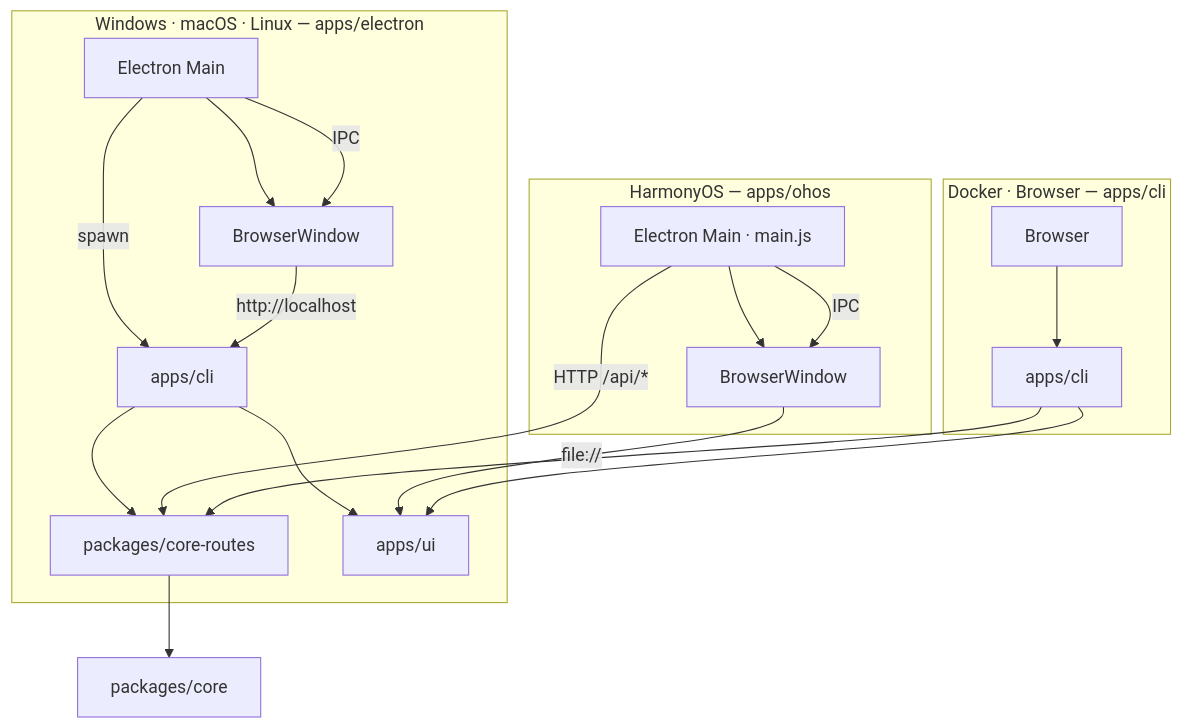
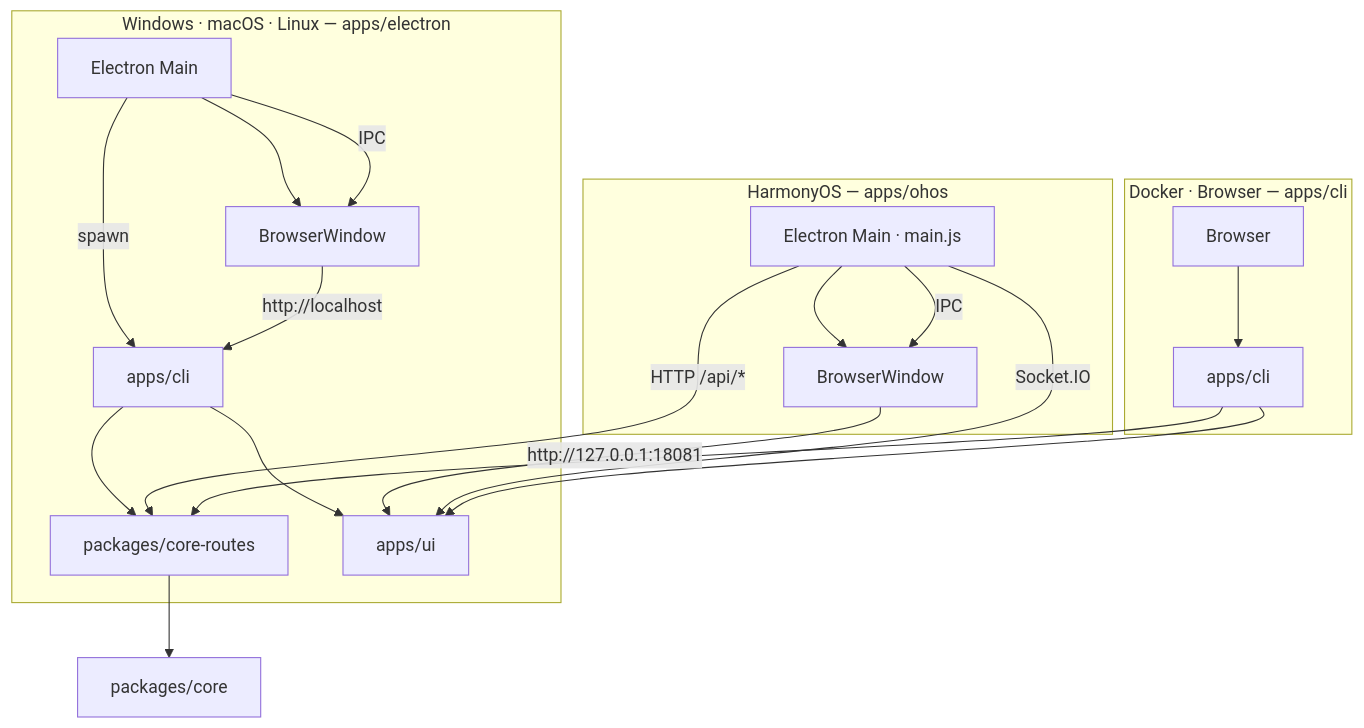
Before and after one commit to lawrenceching/SMM: the diagram in .agents/docs/architecture.md, drawn with Mermaid. The commit also changed other lines of this file and 19 other files, not shown here.

````diff
--- a/.agents/docs/architecture.md
+++ b/.agents/docs/architecture.md
@@ -7,36 +7,37 @@
 ```mermaid
 flowchart TB
   CORE["packages/core"]
   CR["packages/core-routes"]
   UI["apps/ui"]
   CR --> CORE
 
   subgraph desktop ["Windows · macOS · Linux — apps/electron"]
     M1["Electron Main"]
     W1["BrowserWindow"]
     C1["apps/cli"]
     M1 -->|"spawn"| C1
     M1 --> W1
     W1 -->|"http://localhost"| C1
     C1 --> UI
     C1 --> CR
     M1 -->|"IPC"| W1
   end
 
   subgraph ohos ["HarmonyOS — apps/ohos"]
     M2["Electron Main · main.js"]
     W2["BrowserWindow"]
     M2 --> W2
-    W2 -->|"file://"| UI
+    W2 -->|"http://127.0.0.1:18081"| UI
     M2 -->|"HTTP /api/*"| CR
+    M2 -->|"Socket.IO"| UI
     M2 -->|"IPC"| W2
   end
 
   subgraph server ["Docker · Browser — apps/cli"]
     B["Browser"]
     C2["apps/cli"]
     B --> C2
     C2 --> UI
     C2 --> CR
   end
 ```
````
